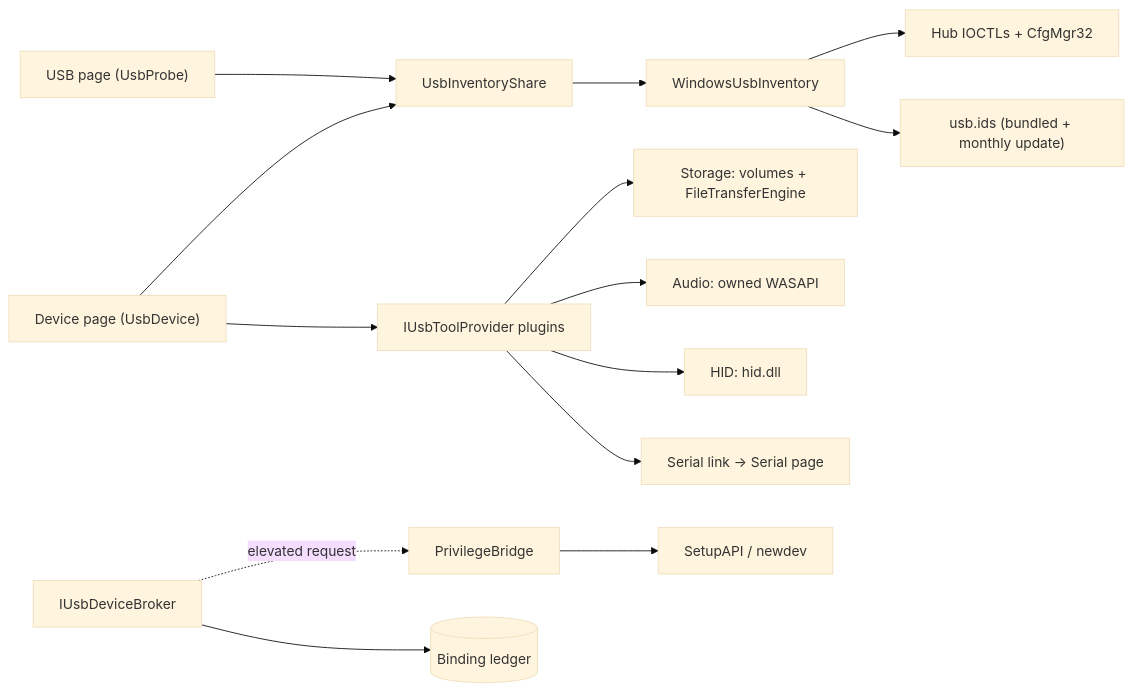
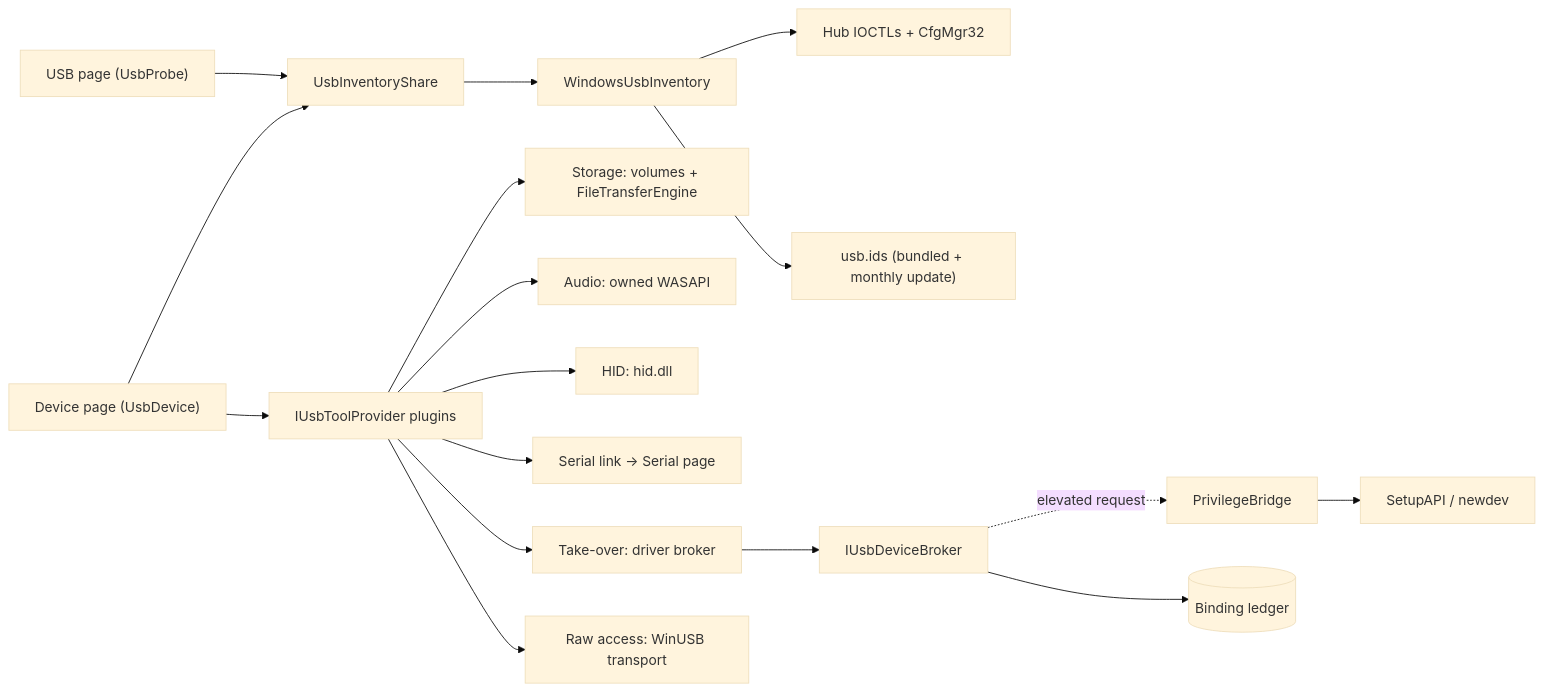
The first of 2 diagrams in docs/usb-probe-spec.md (smile-forge/nexaflow), drawn with Mermaid (base theme) before and after one commit. The commit also changed other lines of this file and 51 other files, not shown here.

First line of the commit message:
USB raw access: take a function over, talk to it, give it back

````diff
--- a/docs/usb-probe-spec.md
+++ b/docs/usb-probe-spec.md
@@ -76,16 +76,19 @@
 ```mermaid
 flowchart LR
     PAGE["USB page (UsbProbe)"] --> SHARE["UsbInventoryShare"]
     DEV["Device page (UsbDevice)"] --> SHARE
     SHARE --> INV["WindowsUsbInventory"]
     INV --> HUB["Hub IOCTLs + CfgMgr32"]
     INV --> IDS["usb.ids (bundled + monthly update)"]
     DEV --> TOOLS["IUsbToolProvider plugins"]
     TOOLS --> STO["Storage: volumes + FileTransferEngine"]
     TOOLS --> AUD["Audio: owned WASAPI"]
     TOOLS --> HID["HID: hid.dll"]
     TOOLS --> SER["Serial link → Serial page"]
+    TOOLS --> TAKE["Take-over: driver broker"]
+    TOOLS --> RAW["Raw access: WinUSB transport"]
+    TAKE --> BRK
     BRK["IUsbDeviceBroker"] -. "elevated request" .-> BRIDGE["PrivilegeBridge"]
     BRIDGE --> PNP["SetupAPI / newdev"]
     BRK --> LED[("Binding ledger")]
 ```
````
